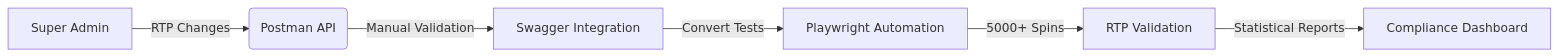
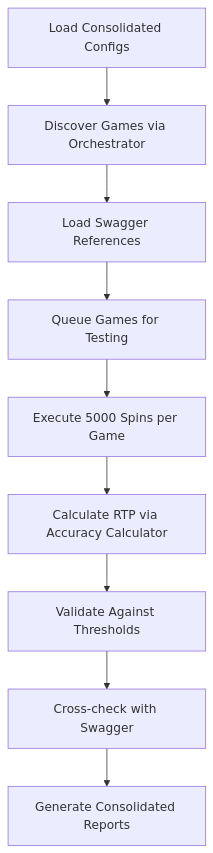
Before and after one commit to Samolivyu/Ibibe-rtp-mgmt: the diagram in README.md, drawn with Mermaid. The commit also changed other lines of this file and 616 other files, not shown here.

````diff
--- a/README.md
+++ b/README.md
@@ -60,8 +283,11 @@
 ```mermaid
-graph LR
-A[Super Admin] -->|RTP Changes| B(Postman API)
-B -->|Manual Validation| C[Swagger Integration]
-C -->|Convert Tests| D[Playwright Automation]
-D -->|5000+ Spins| E[RTP Validation]
-E -->|Statistical Reports| F[Compliance Dashboard]
+graph TD
+    A[Load Consolidated Configs] --> B[Discover Games via Orchestrator]
+    B --> C[Load Swagger References] 
+    C --> D[Queue Games for Testing]
+    D --> E[Execute 5000 Spins per Game]
+    E --> F[Calculate RTP via Accuracy Calculator]
+    F --> G[Validate Against Thresholds]
+    G --> H[Cross-check with Swagger]
+    H --> I[Generate Consolidated Reports]
 ```
````
